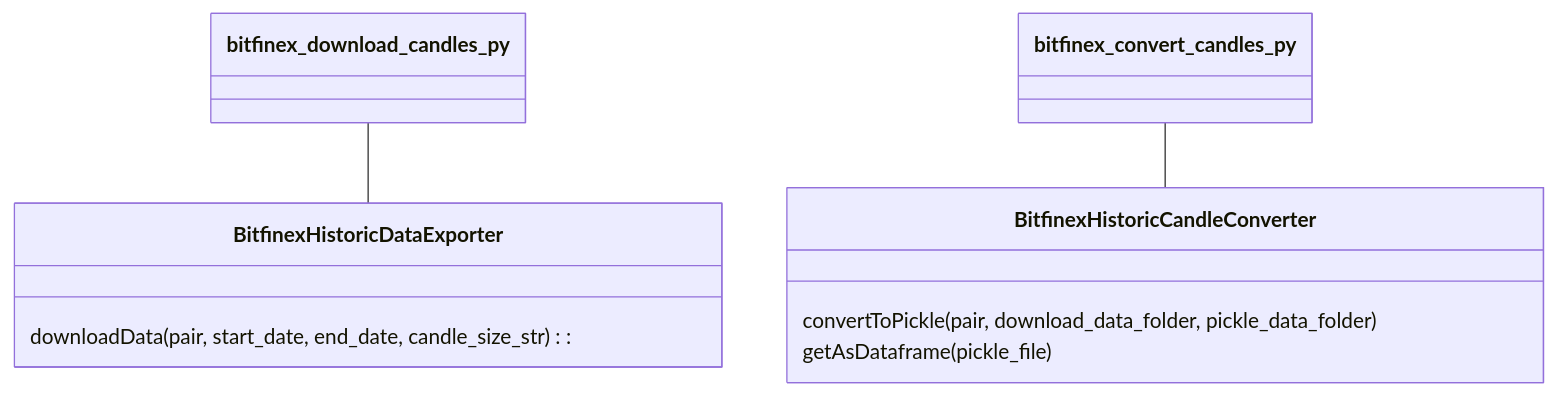
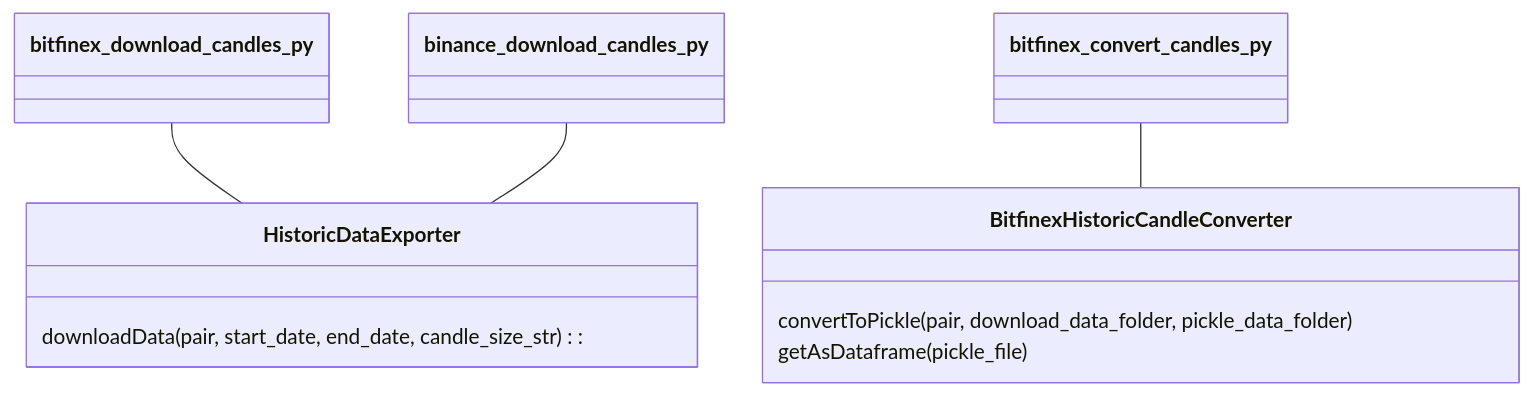
One commit to reisenmachtfreude/Crypto-CentralisedExchange-HistoricDataDownloader changed the diagram in README.md. Above: the diagram before and after it, drawn with Mermaid.

````diff
--- a/README.md
+++ b/README.md
@@ -17,21 +17,26 @@
 ```mermaid
 classDiagram
     class bitfinex_download_candles_py{
 
     }
-    bitfinex_download_candles_py -- BitfinexHistoricDataExporter
+    bitfinex_download_candles_py -- HistoricDataExporter
 
-    class BitfinexHistoricDataExporter{
+    class binance_download_candles_py{
+
+    }
+    binance_download_candles_py -- HistoricDataExporter
+    
+    class HistoricDataExporter{
       downloadData(pair, start_date, end_date, candle_size_str):
     }
 
     
     class bitfinex_convert_candles_py{
 
     }
     bitfinex_convert_candles_py -- BitfinexHistoricCandleConverter
     class BitfinexHistoricCandleConverter{
         convertToPickle(pair, download_data_folder, pickle_data_folder)
         getAsDataframe(pickle_file)
     }	
 ```
````
